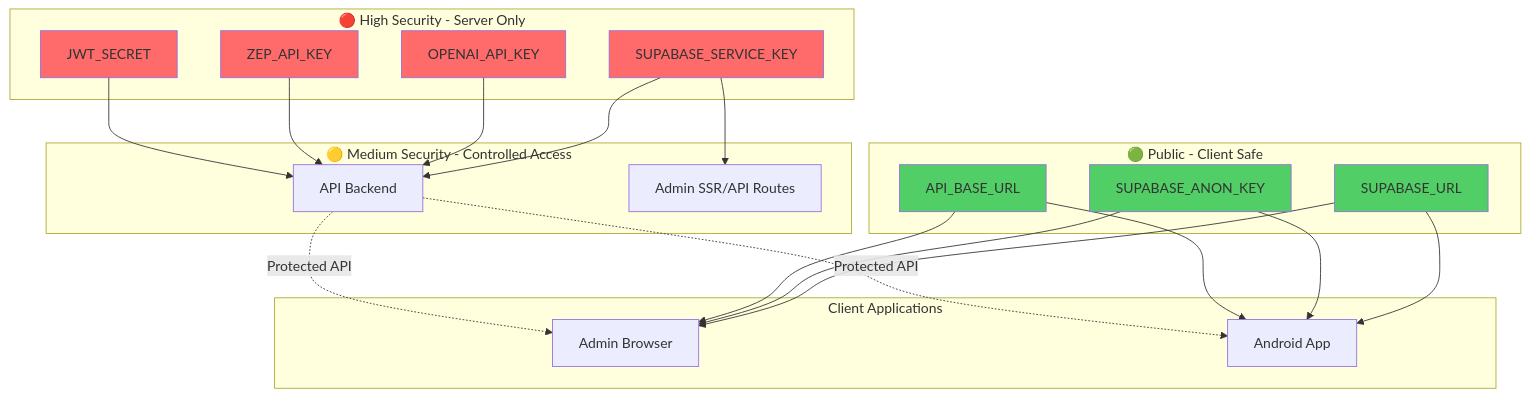
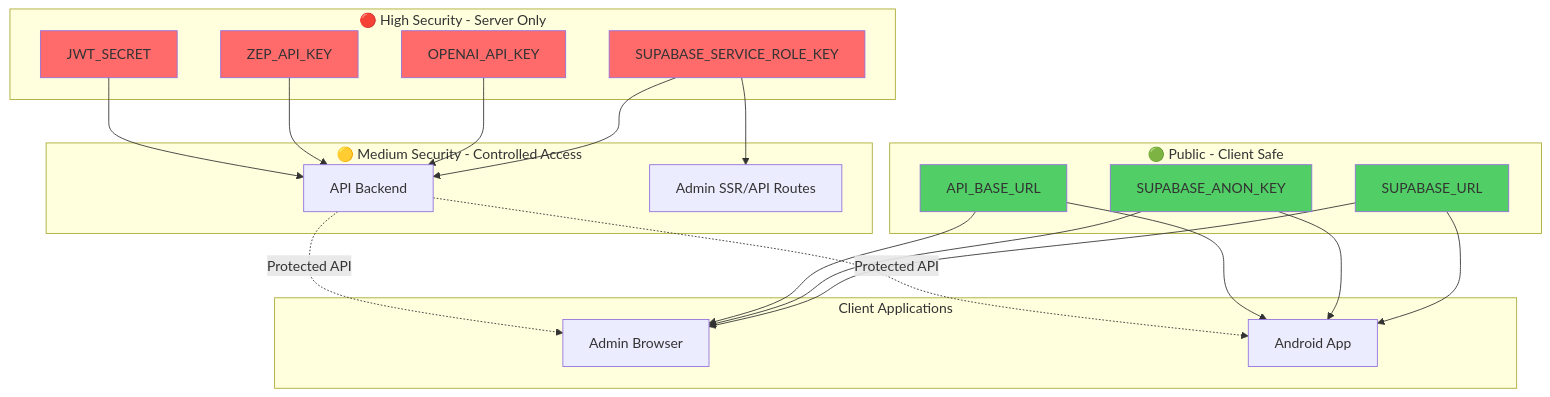
One commit to SimonCierniewski/ai-chat-task changed the diagram in infra/SECRETS_MATRIX.md. Above: the diagram before and after it, drawn with Mermaid. The commit also changed other lines of this file and 5 other files, not shown here.

````diff
--- a/infra/SECRETS_MATRIX.md
+++ b/infra/SECRETS_MATRIX.md
@@ -88,49 +88,49 @@
 ```mermaid
 graph TB
     subgraph "🔴 High Security - Server Only"
-        A[SUPABASE_SERVICE_KEY]
+        A[SUPABASE_SERVICE_ROLE_KEY]
         B[OPENAI_API_KEY]
         C[ZEP_API_KEY]
         D[JWT_SECRET]
     end
     
     subgraph "🟡 Medium Security - Controlled Access"
         E[API Backend]
         F[Admin SSR/API Routes]
     end
     
     subgraph "🟢 Public - Client Safe"
         G[SUPABASE_URL]
         H[SUPABASE_ANON_KEY]
         I[API_BASE_URL]
     end
     
     subgraph "Client Applications"
         J[Admin Browser]
         K[Android App]
     end
     
     A --> E
     A --> F
     B --> E
     C --> E
     D --> E
     
     G --> J
     G --> K
     H --> J
     H --> K
     I --> J
     I --> K
     
     E -.->|Protected API| J
     E -.->|Protected API| K
     
     style A fill:#ff6b6b
     style B fill:#ff6b6b
     style C fill:#ff6b6b
     style D fill:#ff6b6b
     style G fill:#51cf66
     style H fill:#51cf66
     style I fill:#51cf66
 ```
````
